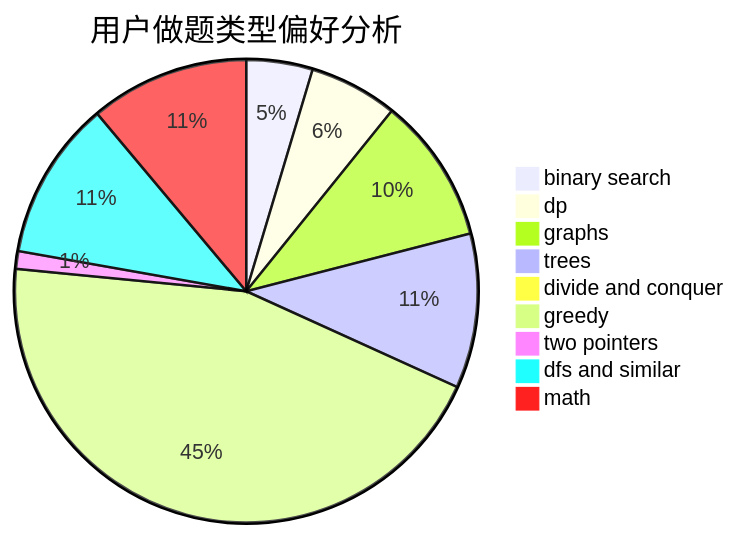
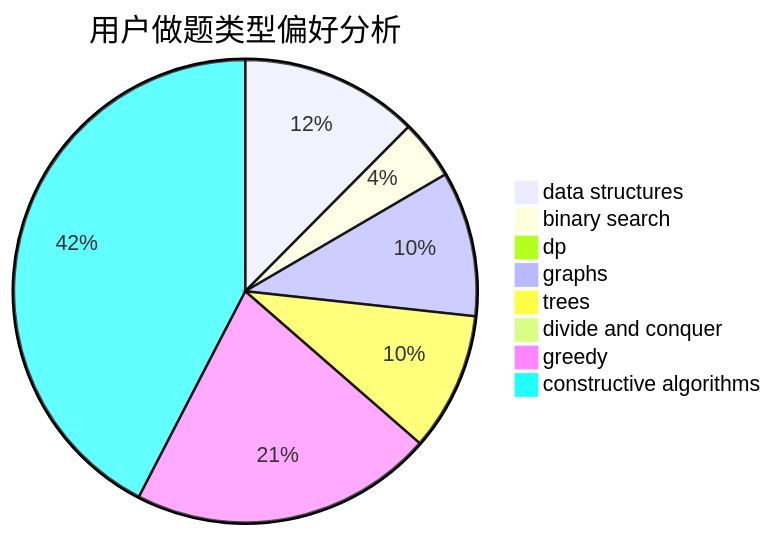
Before and after one commit to sherpahu/cfrs.github.io: the second of 3 diagrams in docs/user/u694.md, drawn with Mermaid. The commit also changed other lines of this file and 2775 other files, not shown here.

````diff
--- a/docs/user/u694.md
+++ b/docs/user/u694.md
@@ -23,12 +23,11 @@
 ```mermaid
 pie title 用户做题类型偏好分析
-    "binary search" :  15
-    "dp" :  20
-    "graphs" :  33
-    "trees" :  35
-    "divide and conquer" :  1
-    "greedy" :  145
-    "two pointers" :  4
-    "dfs and similar" :  36
-    "math" :  36
+    "data structures" :  27
+    "binary search" :  9
+    "dp" :  2
+    "graphs" :  22
+    "trees" :  21
+    "divide and conquer" :  0
+    "greedy" :  46
+    "constructive algorithms" :  92
 ```
````
